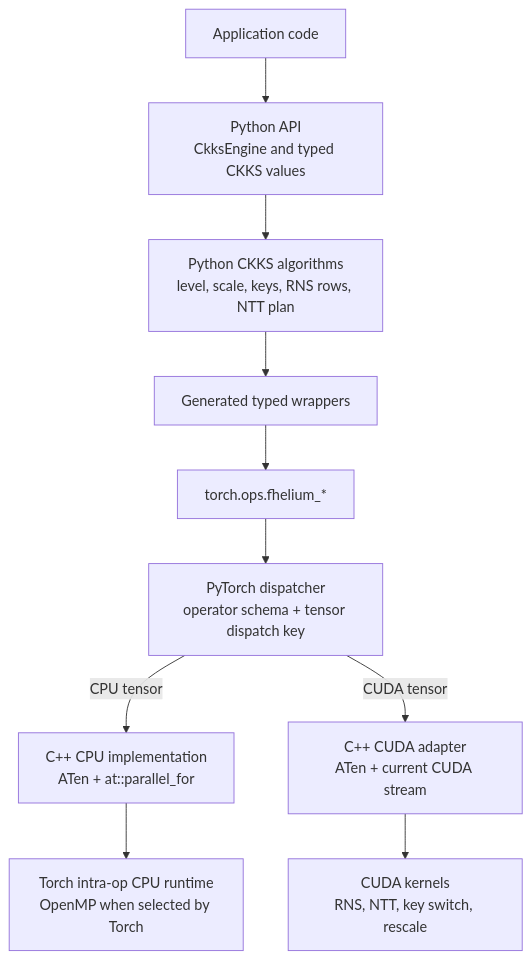
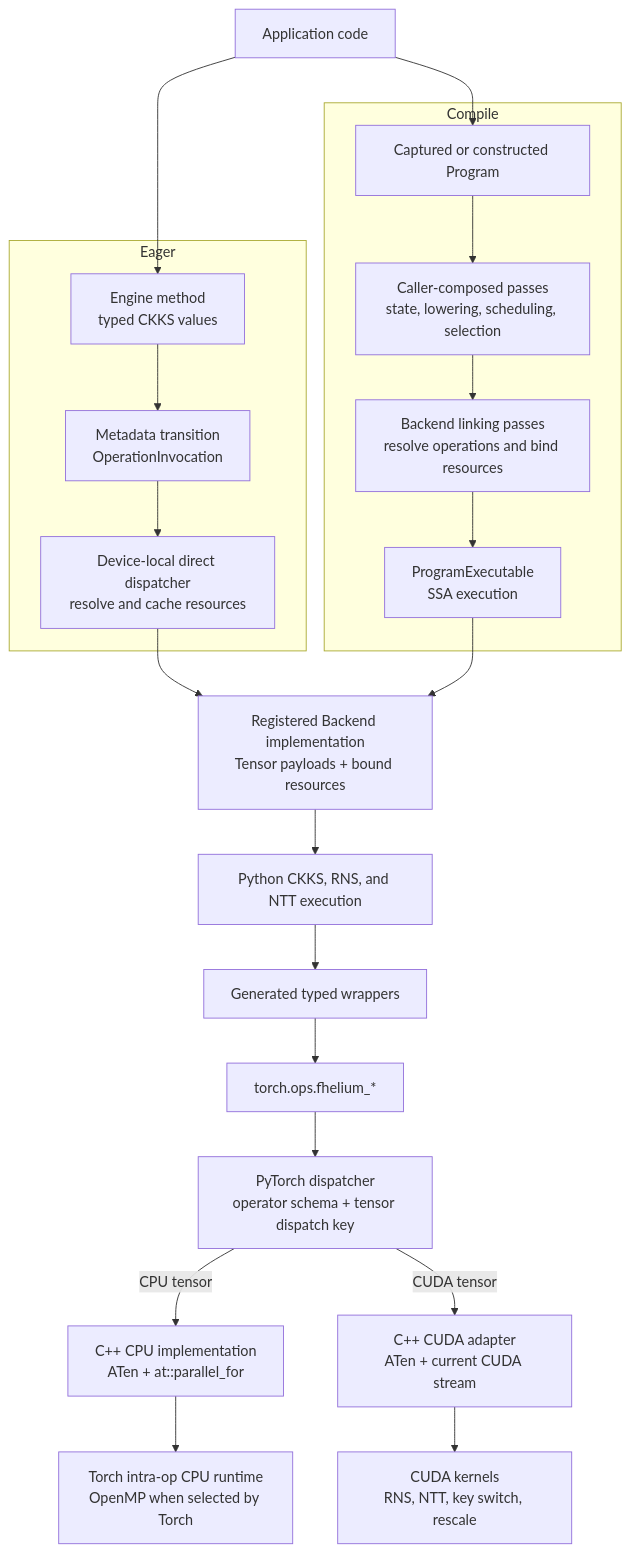
Before and after one commit to visualDust/fhelium: the first of 4 diagrams in docs/developer/engine-native-stack.md, drawn with Mermaid. The commit also changed other lines of this file and 612 other files, not shown here.

Commit message:
Introduce several architecture changes and support Windows native build

````diff
--- a/docs/developer/engine-native-stack.md
+++ b/docs/developer/engine-native-stack.md
@@ -8,17 +17,34 @@
 ```mermaid
 graph TB
     APP[Application code]
-    API[Python API<br/>CkksEngine and typed CKKS values]
-    ALG[Python CKKS algorithms<br/>level, scale, keys, RNS rows, NTT plan]
+    subgraph Eager
+        ENGINE[Engine method<br/>typed CKKS values]
+        ECALL[Metadata transition<br/>OperationInvocation]
+        EDISP[Device-local direct dispatcher<br/>resolve and cache resources]
+        ENGINE --> ECALL --> EDISP
+    end
+    subgraph Compile
+        INPUT[Captured or constructed Program]
+        PASSES[Caller-composed passes<br/>state, lowering, scheduling, selection]
+        LINK[Backend linking passes<br/>resolve operations and bind resources]
+        EXEC[ProgramExecutable<br/>SSA execution]
+        INPUT --> PASSES --> LINK --> EXEC
+    end
+    IMPL[Registered Backend implementation<br/>Tensor payloads + bound resources]
+    PYALG[Python CKKS, RNS, and NTT execution]
     WRAP[Generated typed wrappers]
     OPS[torch.ops.fhelium_*]
     DISP[PyTorch dispatcher<br/>operator schema + tensor dispatch key]
     CPU[C++ CPU implementation<br/>ATen + at::parallel_for]
     GPU[C++ CUDA adapter<br/>ATen + current CUDA stream]
     OMP[Torch intra-op CPU runtime<br/>OpenMP when selected by Torch]
     CUDA[CUDA kernels<br/>RNS, NTT, key switch, rescale]
 
-    APP --> API --> ALG --> WRAP --> OPS --> DISP
+    APP --> ENGINE
+    APP --> INPUT
+    EDISP --> IMPL
+    EXEC --> IMPL
+    IMPL --> PYALG --> WRAP --> OPS --> DISP
     DISP -->|CPU tensor| CPU --> OMP
     DISP -->|CUDA tensor| GPU --> CUDA
 ```
````
